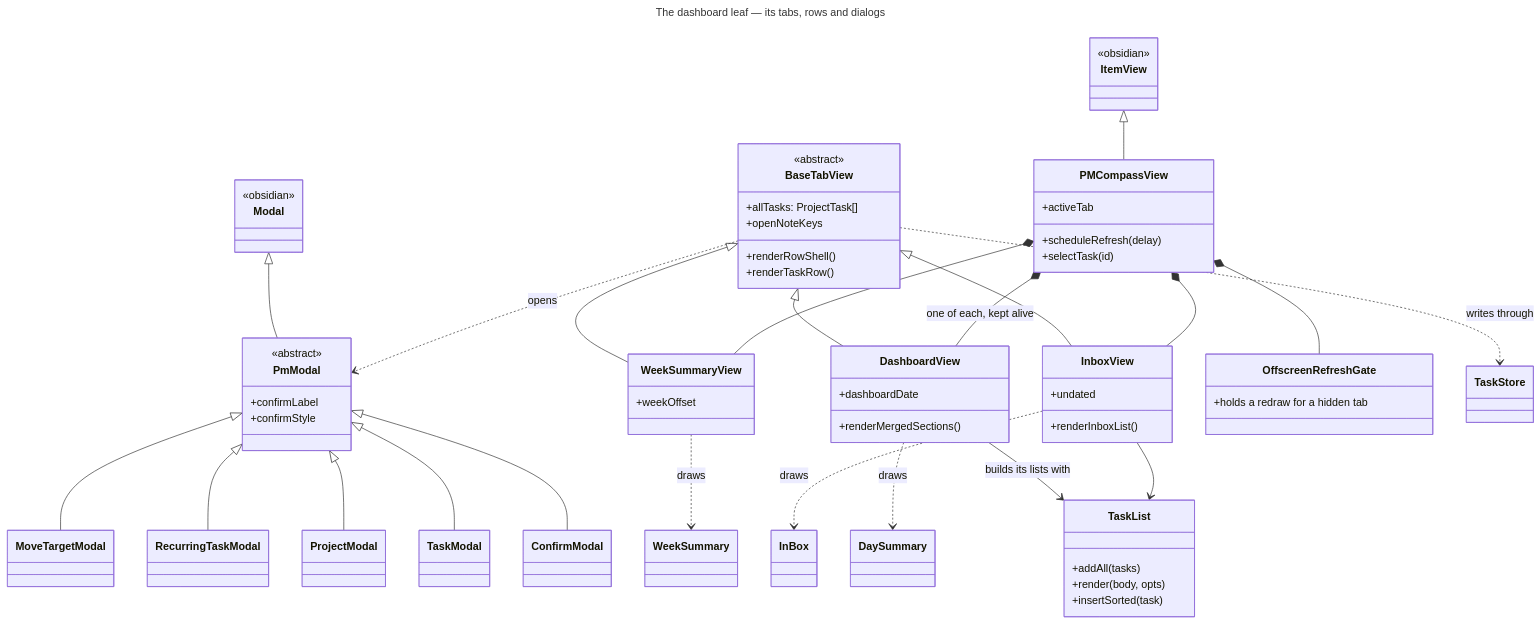
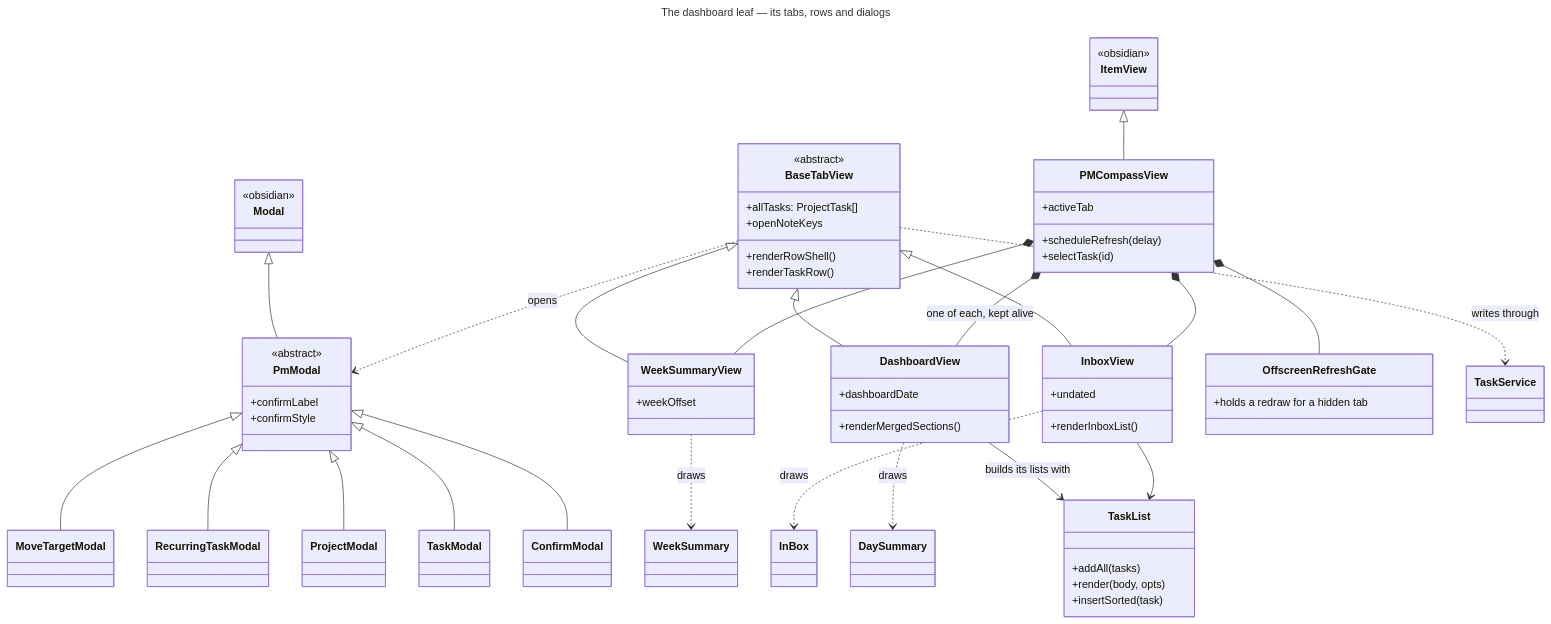
The diagram in docs/technical/diagrams/ui-dashboard.mmd (Laurent-Ferier/pm-compass), drawn with Mermaid before and after one commit. The commit also changed 85 other files, not shown here.

```diff
--- a/docs/technical/diagrams/ui-dashboard.mmd
+++ b/docs/technical/diagrams/ui-dashboard.mmd
@@ -1,72 +1,72 @@
 ---
 title: The dashboard leaf — its tabs, rows and dialogs
 ---
 classDiagram
   direction TB
 
   class ItemView {
     <<obsidian>>
   }
   class Modal {
     <<obsidian>>
   }
 
   class PMCompassView {
     +activeTab
     +scheduleRefresh(delay)
     +selectTask(id)
   }
   class BaseTabView {
     <<abstract>>
     +allTasks: ProjectTask[]
     +openNoteKeys
     +renderRowShell()
     +renderTaskRow()
   }
   class DashboardView {
     +dashboardDate
     +renderMergedSections()
   }
   class InboxView {
     +undated
     +renderInboxList()
   }
   class WeekSummaryView {
     +weekOffset
   }
   class TaskList {
     +addAll(tasks)
     +render(body, opts)
     +insertSorted(task)
   }
   class PmModal {
     <<abstract>>
     +confirmLabel
     +confirmStyle
   }
   class OffscreenRefreshGate {
     +holds a redraw for a hidden tab
   }
 
   ItemView <|-- PMCompassView
   BaseTabView <|-- DashboardView
   BaseTabView <|-- InboxView
   BaseTabView <|-- WeekSummaryView
   Modal <|-- PmModal
   PmModal <|-- ConfirmModal
   PmModal <|-- TaskModal
   PmModal <|-- ProjectModal
   PmModal <|-- RecurringTaskModal
   PmModal <|-- MoveTargetModal
 
   PMCompassView *-- DashboardView : one of each, kept alive
   PMCompassView *-- InboxView
   PMCompassView *-- WeekSummaryView
   PMCompassView *-- OffscreenRefreshGate
   DashboardView --> TaskList : builds its lists with
   InboxView --> TaskList
   WeekSummaryView ..> WeekSummary : draws
   BaseTabView ..> PmModal : opens
-  BaseTabView ..> TaskStore : writes through
+  BaseTabView ..> TaskService : writes through
   DashboardView ..> DaySummary : draws
   InboxView ..> InBox : draws
```
